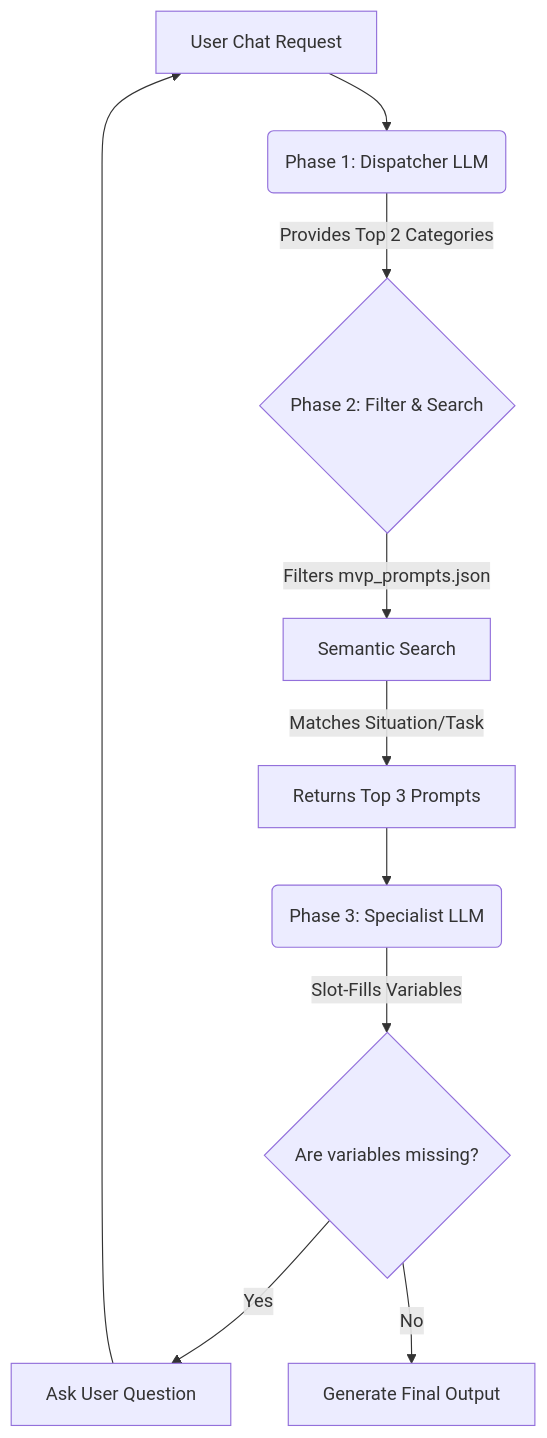
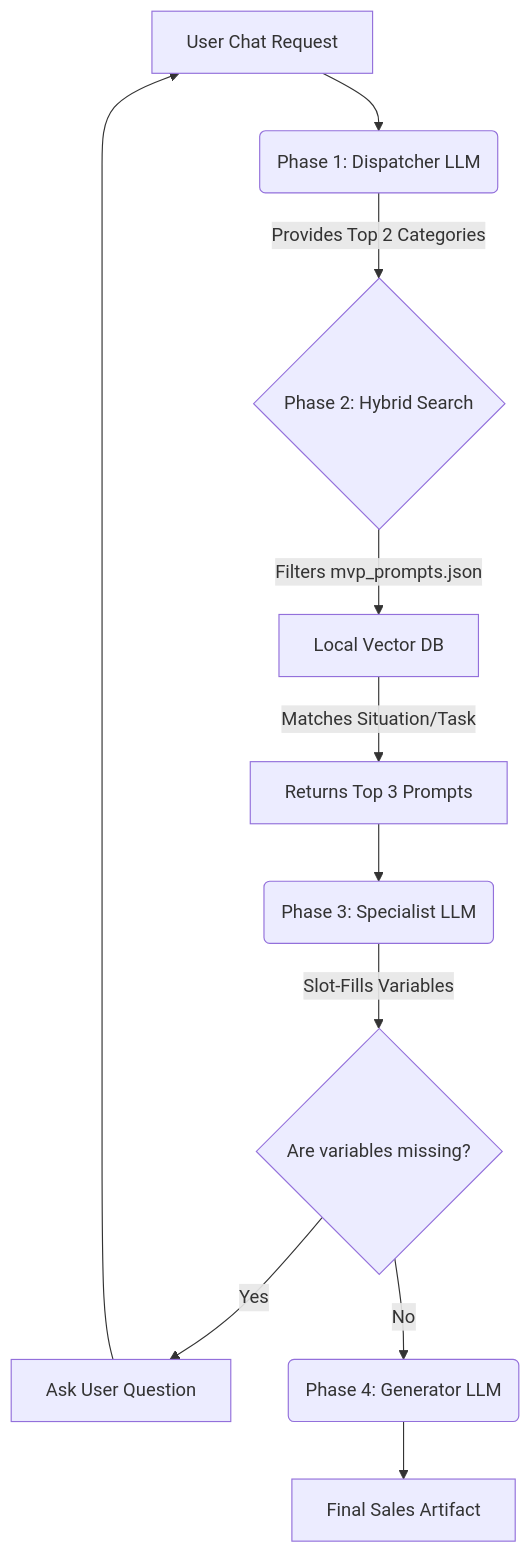
The first of 2 diagrams in docs/backend_architecture.md (MoltEngine/MoltSales), drawn with Mermaid before and after one commit. The commit also changed other lines of this file and 3 other files, not shown here.

````diff
--- a/docs/backend_architecture.md
+++ b/docs/backend_architecture.md
@@ -8,16 +8,17 @@
 ```mermaid
 graph TD
     A[User Chat Request] --> B(Phase 1: Dispatcher LLM)
-    B -->|Provides Top 2 Categories| C{Phase 2: Filter & Search}
+    B -->|Provides Top 2 Categories| C{Phase 2: Hybrid Search}
     
-    C -->|Filters mvp_prompts.json| D[Semantic Search]
+    C -->|Filters mvp_prompts.json| D[Local Vector DB]
     D -->|Matches Situation/Task| E[Returns Top 3 Prompts]
     
     E --> F(Phase 3: Specialist LLM)
     F -->|Slot-Fills Variables| G{Are variables missing?}
     
     G -->|Yes| H[Ask User Question]
     H --> A
     
-    G -->|No| I[Generate Final Output]
+    G -->|No| I(Phase 4: Generator LLM)
+    I --> J[Final Sales Artifact]
 ```
````
